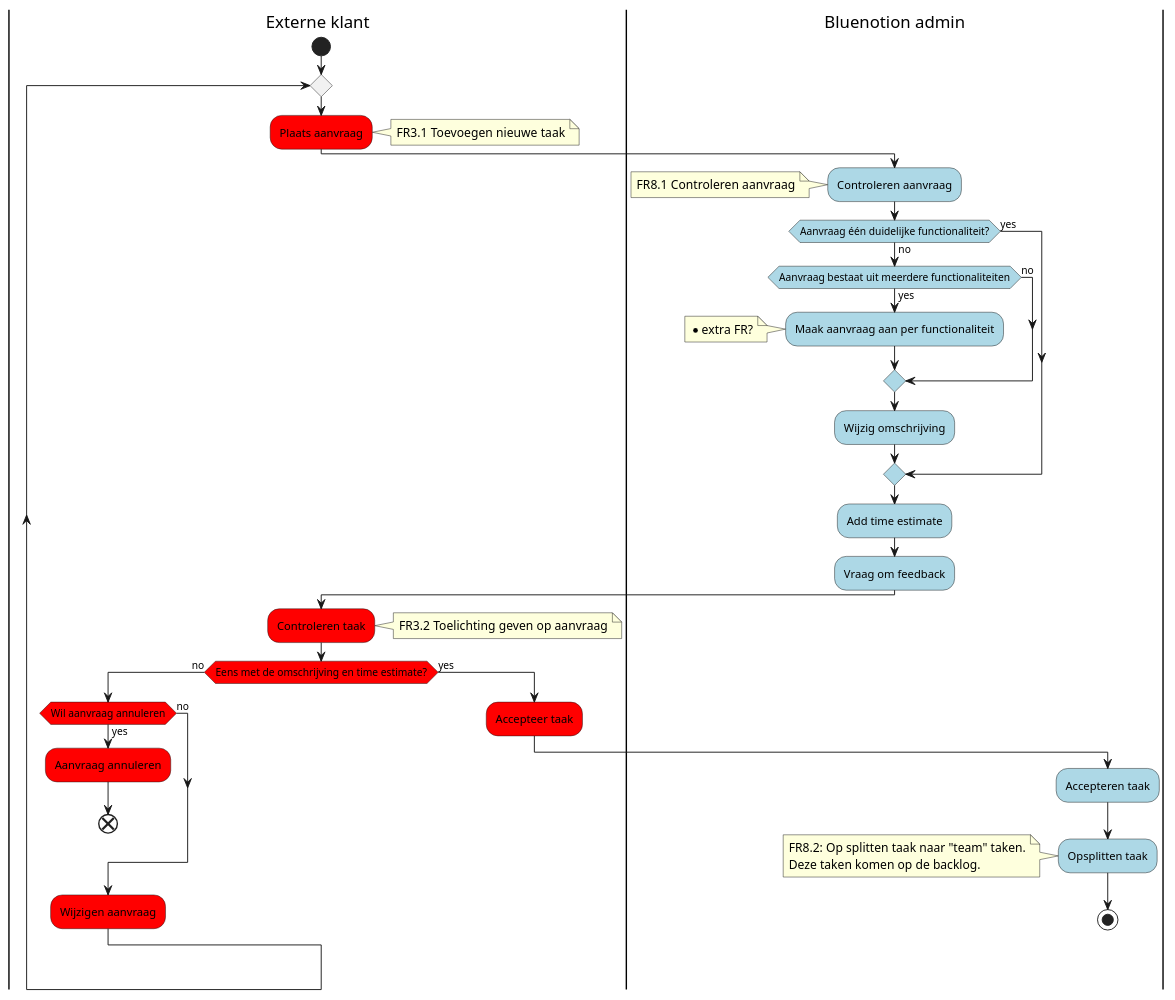
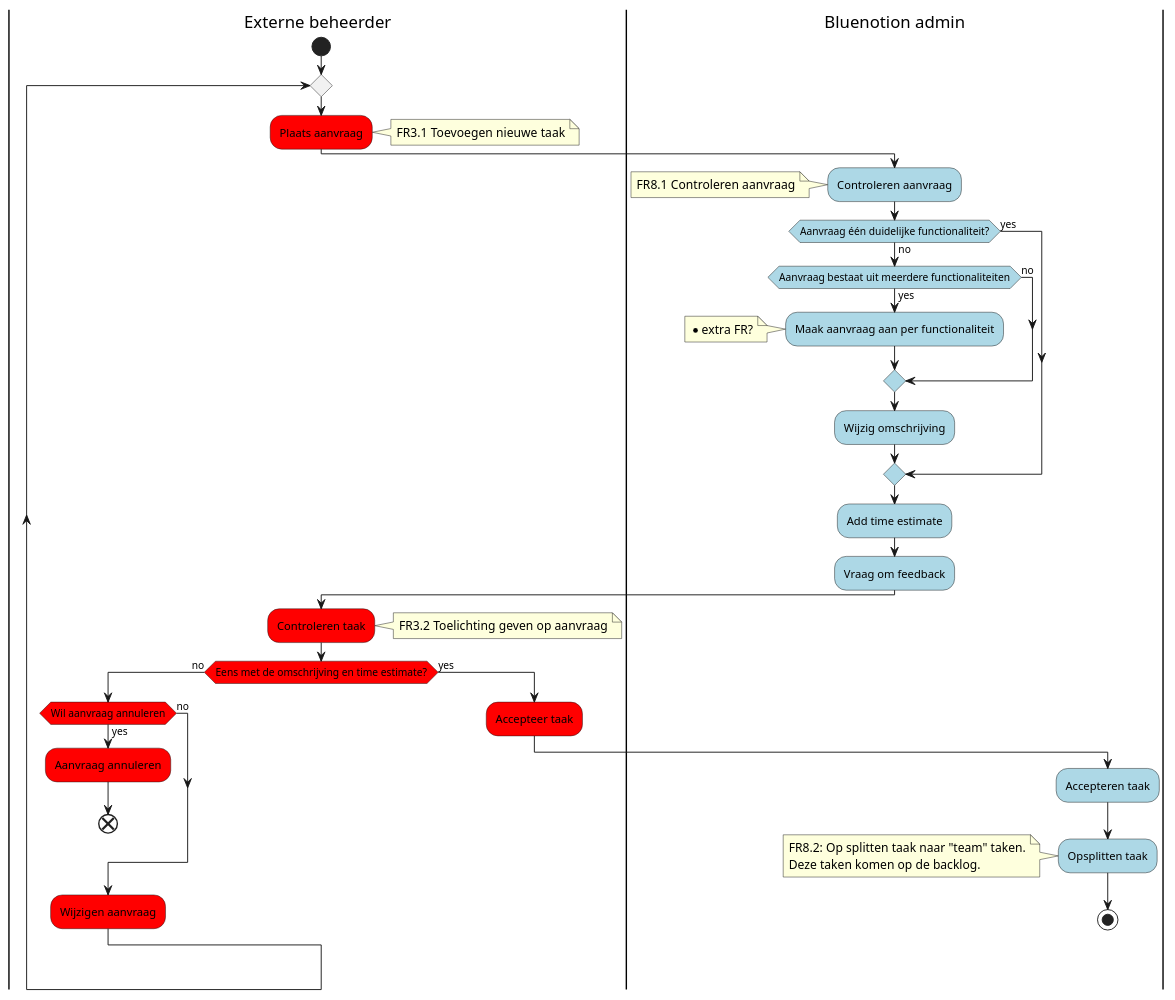
The third of 7 diagrams in Documentatie/Functioneel/FunctioneelOntwerp.md (DCReceveur/pre-afstudeer-docs), drawn with PlantUML before and after one commit. The commit also changed other lines of this file and 18 other files, not shown here.

````diff
--- a/Documentatie/Functioneel/FunctioneelOntwerp.md
+++ b/Documentatie/Functioneel/FunctioneelOntwerp.md
@@ -153,62 +153,62 @@
 ```puml
-| Externe klant |
+| Externe beheerder |
 start
 repeat
 #Red:Plaats aanvraag;
 note right: FR3.1 Toevoegen nieuwe taak
 ' note right: inclusief urgentie en impact
 ' #Gray:System: Zet status op "Waiting for review Bluenotion";
 | Bluenotion admin |
 #LightBlue:Controleren aanvraag;
 note left: FR8.1 Controleren aanvraag 
 #LightBlue:if (Aanvraag één duidelijke functionaliteit?) then (yes) 
 else (no) 
   #LightBlue:if (Aanvraag bestaat uit meerdere functionaliteiten) then (yes)
   #LightBlue:Maak aanvraag aan per functionaliteit;
   note left 
   *extra FR?
   end note 
   else (no)
   endif
   #LightBlue:Wijzig omschrijving;
 endif
   #LightBlue:Add time estimate;
   #lightBlue:Vraag om feedback;
   ' #Gray:System: Zet status op "Waiting for review customer";
-| Externe klant |
+| Externe beheerder |
   #Red:Controleren taak;
   note right: FR3.2 Toelichting geven op aanvraag
   #Red:if(Eens met de omschrijving en time estimate?) then (no)
   #Red:if(Wil aanvraag annuleren) then (yes)
   #Red:Aanvraag annuleren;
   end
   else(no)
   endif
   #Red:Wijzigen aanvraag;
   else(yes)
   #Red:Accepteer taak;
   
 
 | Bluenotion admin |
 #LightBlue:Accepteren taak;
 #LightBlue:Opsplitten taak;
 note left 
   FR8.2: Op splitten taak naar "team" taken.
   Deze taken komen op de backlog.
 end note
 
 stop 
 
-| Externe klant |
+| Externe beheerder |
   endif
 
   repeat while
 
 ' legend right
 '     | Color | Status |
 '     |<#Red>| ACT1: Externe beheerder |
 '     |<#LightBlue>| ACT2: Interne beheerder |
 '     |<#Gray>| PMP back-end |
 ' endlegend
 
 ```
````
